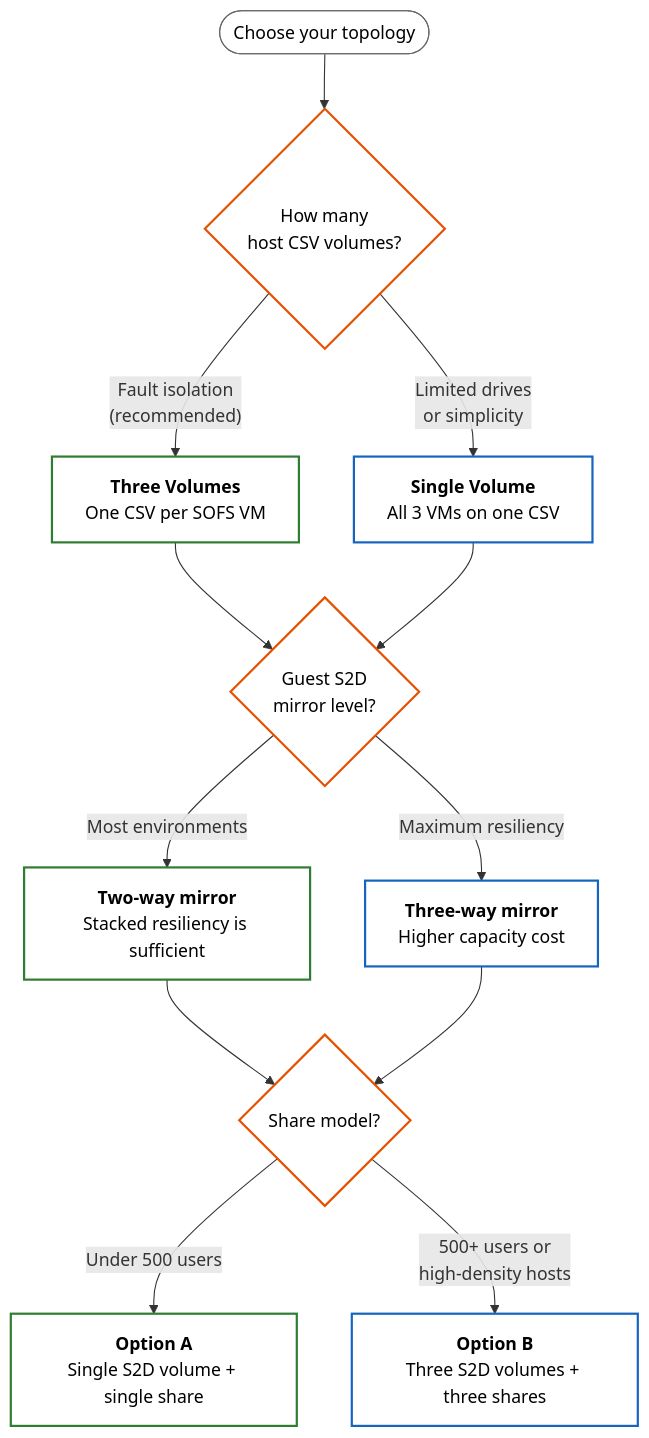
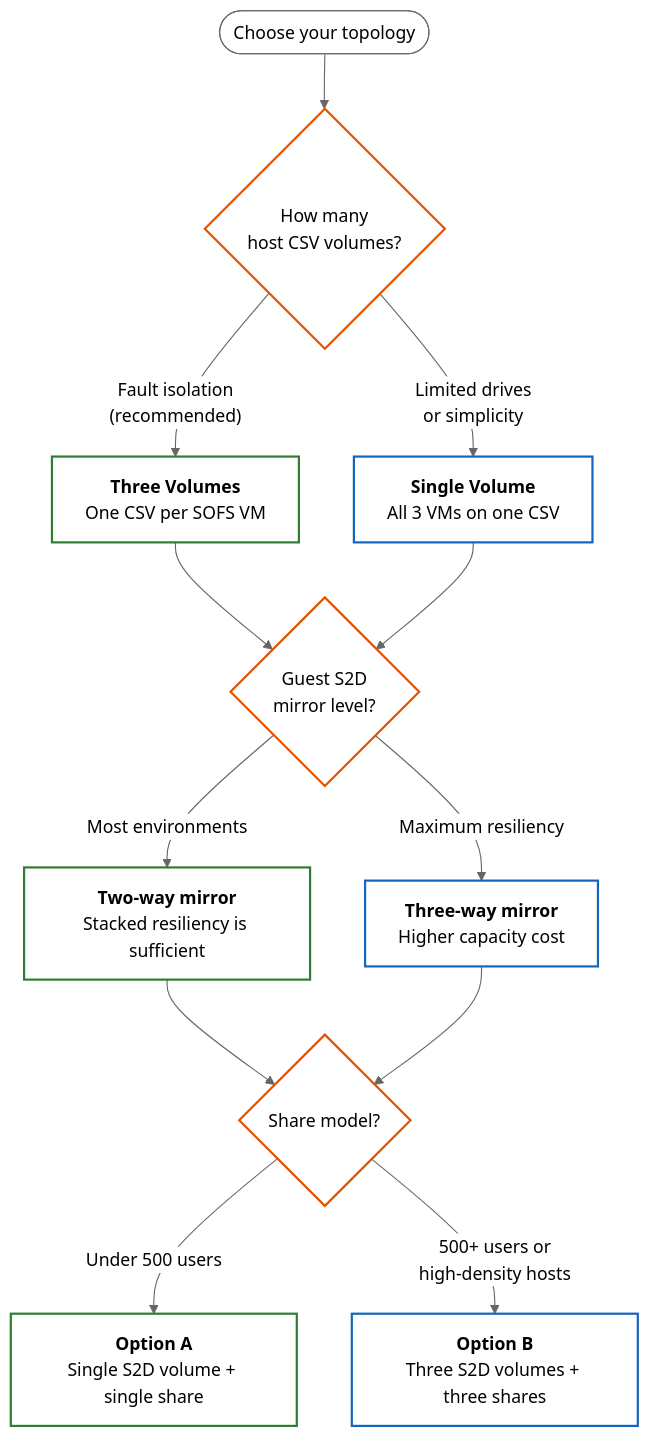
Before and after one commit to AzureLocal/azurelocal-sofs-fslogix: the first of 2 diagrams in docs/architecture/overview.md, drawn with Mermaid.

Commit message:
docs: force Mermaid base theme to prevent dark mode text color override

````diff
--- a/docs/architecture/overview.md
+++ b/docs/architecture/overview.md
@@ -19,29 +19,30 @@
 ```mermaid
+%%{init: {'theme': 'base', 'themeVariables': {'primaryColor': '#fff', 'primaryTextColor': '#000', 'lineColor': '#666', 'primaryBorderColor': '#666'}}}%%
 flowchart TD
     Start(["Choose your topology"]) --> D1{"How many<br/>host CSV volumes?"}
     D1 -->|"Fault isolation<br/>(recommended)"| ThreeVol["<b>Three Volumes</b><br/>One CSV per SOFS VM"]
     D1 -->|"Limited drives<br/>or simplicity"| OneVol["<b>Single Volume</b><br/>All 3 VMs on one CSV"]
 
     ThreeVol --> D2{"Guest S2D<br/>mirror level?"}
     OneVol --> D2
 
     D2 -->|"Most environments"| TwoWay["<b>Two-way mirror</b><br/>Stacked resiliency is sufficient"]
     D2 -->|"Maximum resiliency"| ThreeWay["<b>Three-way mirror</b><br/>Higher capacity cost"]
 
     TwoWay --> D3{"Share model?"}
     ThreeWay --> D3
 
     D3 -->|"Under 500 users"| OptA["<b>Option A</b><br/>Single S2D volume + single share"]
     D3 -->|"500+ users or<br/>high-density hosts"| OptB["<b>Option B</b><br/>Three S2D volumes + three shares"]
 
     style Start fill:#fff,stroke:#666,color:#000
     style D1 fill:#fff,stroke:#e65100,color:#000,stroke-width:2px
     style D2 fill:#fff,stroke:#e65100,color:#000,stroke-width:2px
     style D3 fill:#fff,stroke:#e65100,color:#000,stroke-width:2px
     style ThreeVol fill:#fff,stroke:#2e7d32,color:#000,stroke-width:2px
     style OneVol fill:#fff,stroke:#1565c0,color:#000,stroke-width:2px
     style TwoWay fill:#fff,stroke:#2e7d32,color:#000,stroke-width:2px
     style ThreeWay fill:#fff,stroke:#1565c0,color:#000,stroke-width:2px
     style OptA fill:#fff,stroke:#2e7d32,color:#000,stroke-width:2px
     style OptB fill:#fff,stroke:#1565c0,color:#000,stroke-width:2px
 ```
````
